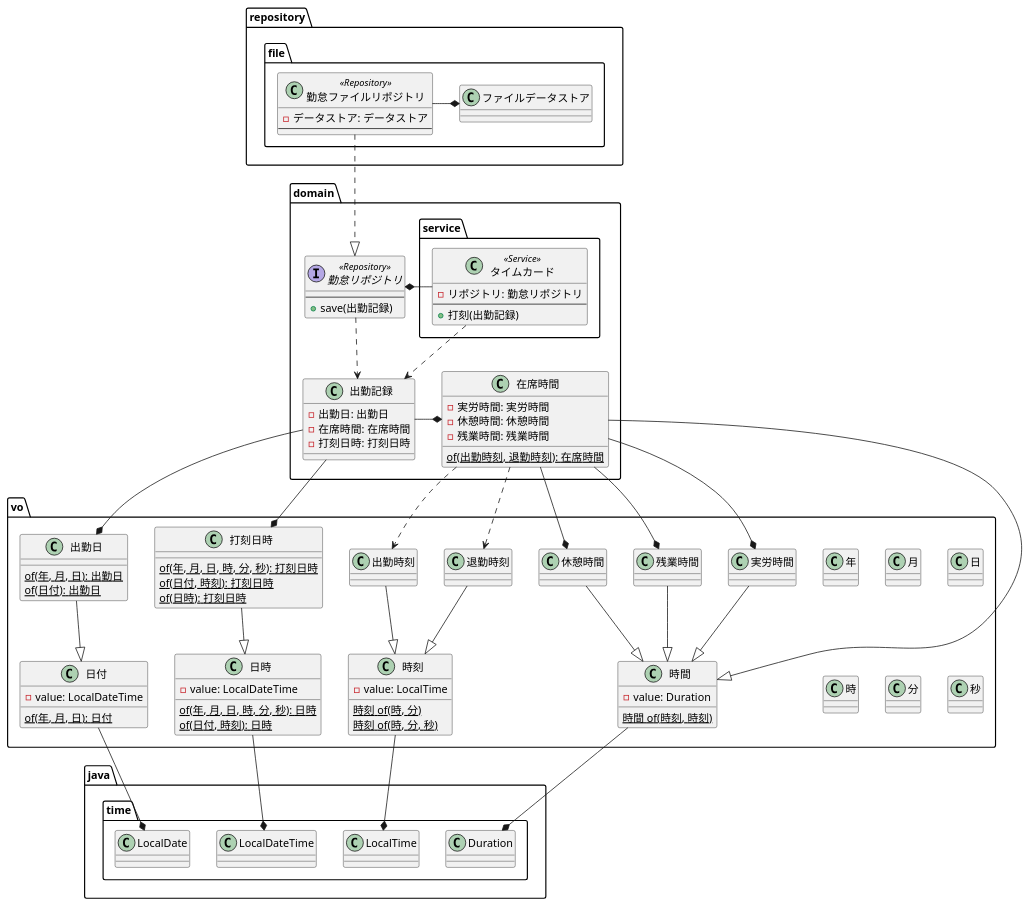
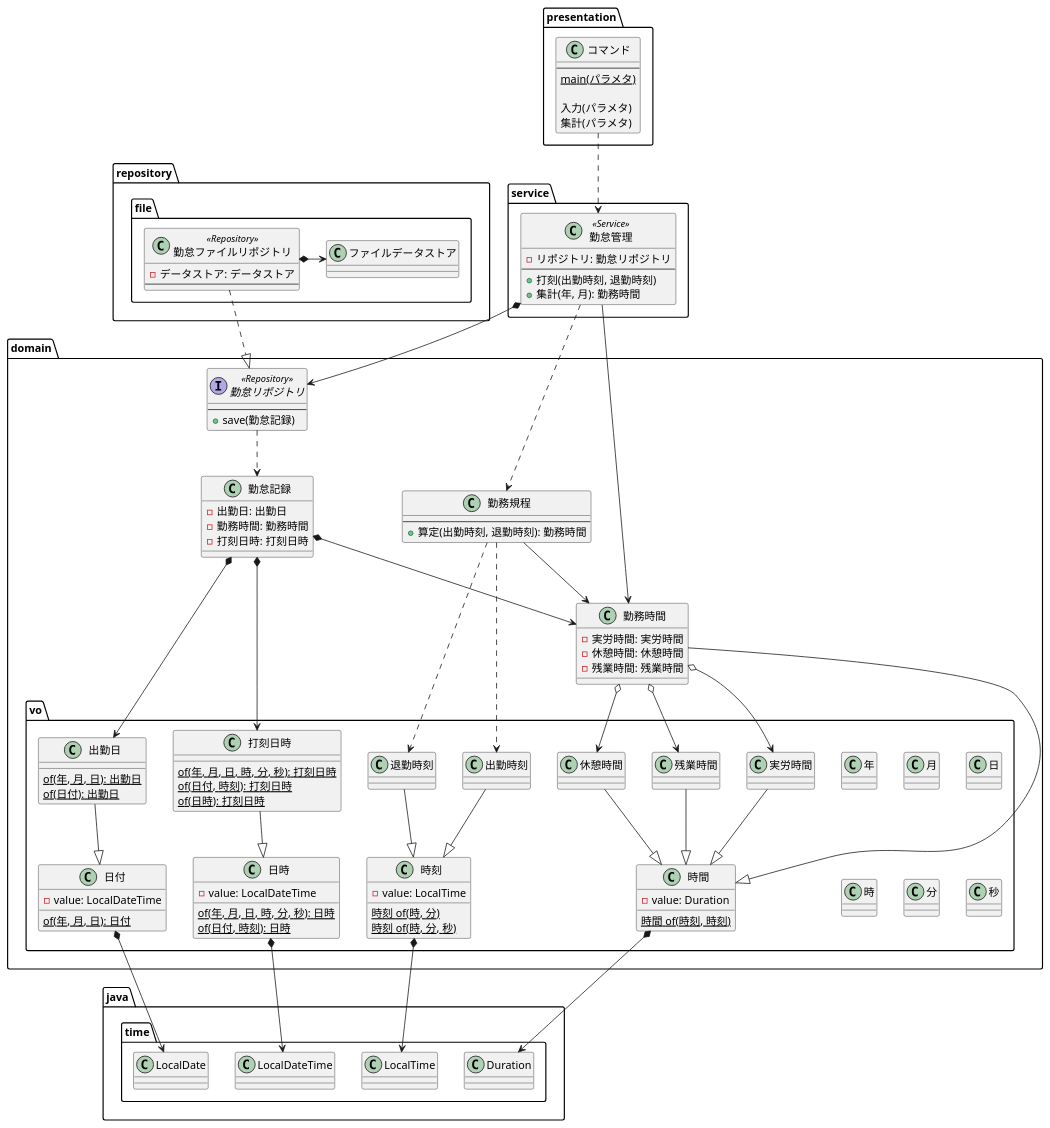
Before and after one commit to biglobe-isp/kintai: the diagram in spec/logical-models.puml, drawn with PlantUML.

Commit message:
論理モデルのクラス図に勤務規程ドメインを追加

```diff
--- a/spec/logical-models.puml
+++ b/spec/logical-models.puml
@@ -1,127 +1,145 @@
 @startuml
 
 package java.time {
     class LocalDate
     class LocalTime
     class LocalDateTime
     class Duration
 }
 
-package vo {
-    class 年
-    class 月
-    class 日
-    class 時
-    class 分
-    class 秒
+package domain {
+    package vo {
+        class 年
+        class 月
+        class 日
+        class 時
+        class 分
+        class 秒
 
-    class 日付 {
-      - value: LocalDateTime
-      {static} of(年, 月, 日): 日付
+        class 日付 {
+          - value: LocalDateTime
+          {static} of(年, 月, 日): 日付
+        }
+        日付 *--> LocalDate
+
+        class 時刻 {
+          - value: LocalTime
+          {static} 時刻 of(時, 分)
+          {static} 時刻 of(時, 分, 秒)
+        }
+        時刻 *--> LocalTime
+
+        class 時間 {
+          - value: Duration
+          {static} 時間 of(時刻, 時刻)
+        }
+        時間 *--> Duration
+
+        class 日時 {
+          - value: LocalDateTime
+          {static} of(年, 月, 日, 時, 分, 秒): 日時
+          {static} of(日付, 時刻): 日時
+        }
+        日時 *--> LocalDateTime
+
+        class 出勤日 {
+          {static} of(年, 月, 日): 出勤日
+          {static} of(日付): 出勤日
+        }
+        出勤日 --|> 日付
+
+        class 出勤時刻
+        出勤時刻 --|> 時刻
+
+        class 退勤時刻
+        退勤時刻 --|> 時刻
+
+        class 実労時間
+        実労時間 --|> 時間
+
+        class 残業時間
+        残業時間 --|> 時間
+
+        class 休憩時間
+        休憩時間 --|> 時間
+
+        class 打刻日時 {
+          {static} of(年, 月, 日, 時, 分, 秒): 打刻日時
+          {static} of(日付, 時刻): 打刻日時
+          {static} of(日時): 打刻日時
+        }
+        打刻日時 --|> 日時
     }
-    日付 --* LocalDate
 
-    class 時刻 {
-      - value: LocalTime
-      {static} 時刻 of(時, 分)
-      {static} 時刻 of(時, 分, 秒)
-    }
-    時刻 --* LocalTime
-
-    class 時間 {
-      - value: Duration
-      {static} 時間 of(時刻, 時刻)
-    }
-    時間 --* Duration
-
-    class 日時 {
-      - value: LocalDateTime
-      {static} of(年, 月, 日, 時, 分, 秒): 日時
-      {static} of(日付, 時刻): 日時
-    }
-    日時 --* LocalDateTime
-
-    class 出勤日 {
-      {static} of(年, 月, 日): 出勤日
-      {static} of(日付): 出勤日
-    }
-    出勤日 --|> 日付
-
-    class 出勤時刻
-    出勤時刻 --|> 時刻
-
-    class 退勤時刻
-    退勤時刻 --|> 時刻
-
-    class 実労時間
-    実労時間 --|> 時間
-
-    class 残業時間
-    残業時間 --|> 時間
-
-    class 休憩時間
-    休憩時間 --|> 時間
-
-    class 打刻日時 {
-      {static} of(年, 月, 日, 時, 分, 秒): 打刻日時
-      {static} of(日付, 時刻): 打刻日時
-      {static} of(日時): 打刻日時
-    }
-    打刻日時 --|> 日時
-}
-
-package domain {
-    class 在席時間 {
+    class 勤務時間 {
       - 実労時間: 実労時間
       - 休憩時間: 休憩時間
       - 残業時間: 残業時間
-      {static} of(出勤時刻, 退勤時刻): 在席時間
     }
-    在席時間 --|> 時間
-    在席時間 ..> 出勤時刻
-    在席時間 ..> 退勤時刻
-    在席時間 --* 実労時間
-    在席時間 --* 休憩時間
-    在席時間 --* 残業時間
+    勤務時間 --|> 時間
+    勤務時間 o--> 実労時間
+    勤務時間 o--> 休憩時間
+    勤務時間 o--> 残業時間
 
-    class 出勤記録 {
+    class 勤務規程 {
+      ----
+      + 算定(出勤時刻, 退勤時刻): 勤務時間
+    }
+    勤務規程 --> 勤務時間
+    勤務規程 ..> 出勤時刻
+    勤務規程 ..> 退勤時刻
+
+    class 勤怠記録 {
       - 出勤日: 出勤日
-      - 在席時間: 在席時間
+      - 勤務時間: 勤務時間
       - 打刻日時: 打刻日時
     }
-    出勤記録 --* 出勤日
-    出勤記録 -* 在席時間
-    出勤記録 --* 打刻日時
+    勤怠記録 *--> 出勤日
+    勤怠記録 *--> 勤務時間
+    勤怠記録 *--> 打刻日時
 
     interface 勤怠リポジトリ <<Repository>> {
       ----
-      + save(出勤記録)
+      + save(勤怠記録)
     }
-    勤怠リポジトリ ..> 出勤記録
+    勤怠リポジトリ ..> 勤怠記録
+}
 
-
-    package service {
-        ' Puncher
-        class タイムカード <<Service>> {
-          - リポジトリ: 勤怠リポジトリ
-          ----
-          + 打刻(出勤記録)
-        }
-        タイムカード -* 勤怠リポジトリ
-        タイムカード ..> 出勤記録
+package service {
+    ' Puncher
+    class 勤怠管理 <<Service>> {
+      - リポジトリ: 勤怠リポジトリ
+      ----
+      + 打刻(出勤時刻, 退勤時刻)
+      + 集計(年, 月): 勤務時間
     }
+    勤怠管理 *--> 勤怠リポジトリ
+    勤怠管理 ..> 勤務規程
+    勤怠管理 --> 勤務時間
 }
 
 package repository.file {
     class ファイルデータストア {
     }
 
     class 勤怠ファイルリポジトリ <<Repository>> {
       - データストア: データストア
       ----
     }
     勤怠ファイルリポジトリ ..|> 勤怠リポジトリ
-    勤怠ファイルリポジトリ -* ファイルデータストア
+    勤怠ファイルリポジトリ *-> ファイルデータストア
+}
+
+package presentation {
+  class コマンド {
+    ----
+    {static} main(パラメタ)
+
+    入力(パラメタ)
+    集計(パラメタ)
+  }
+
+  コマンド ..> 勤怠管理
 }
 
 @enduml
```
